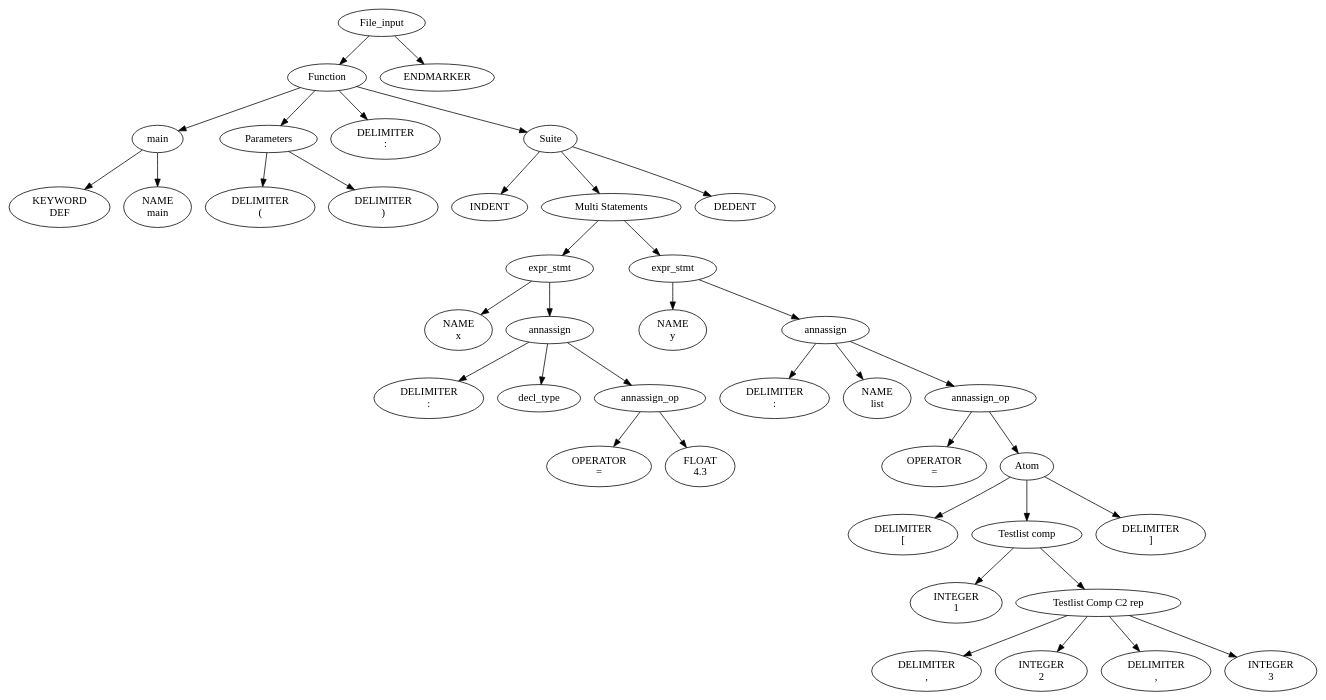
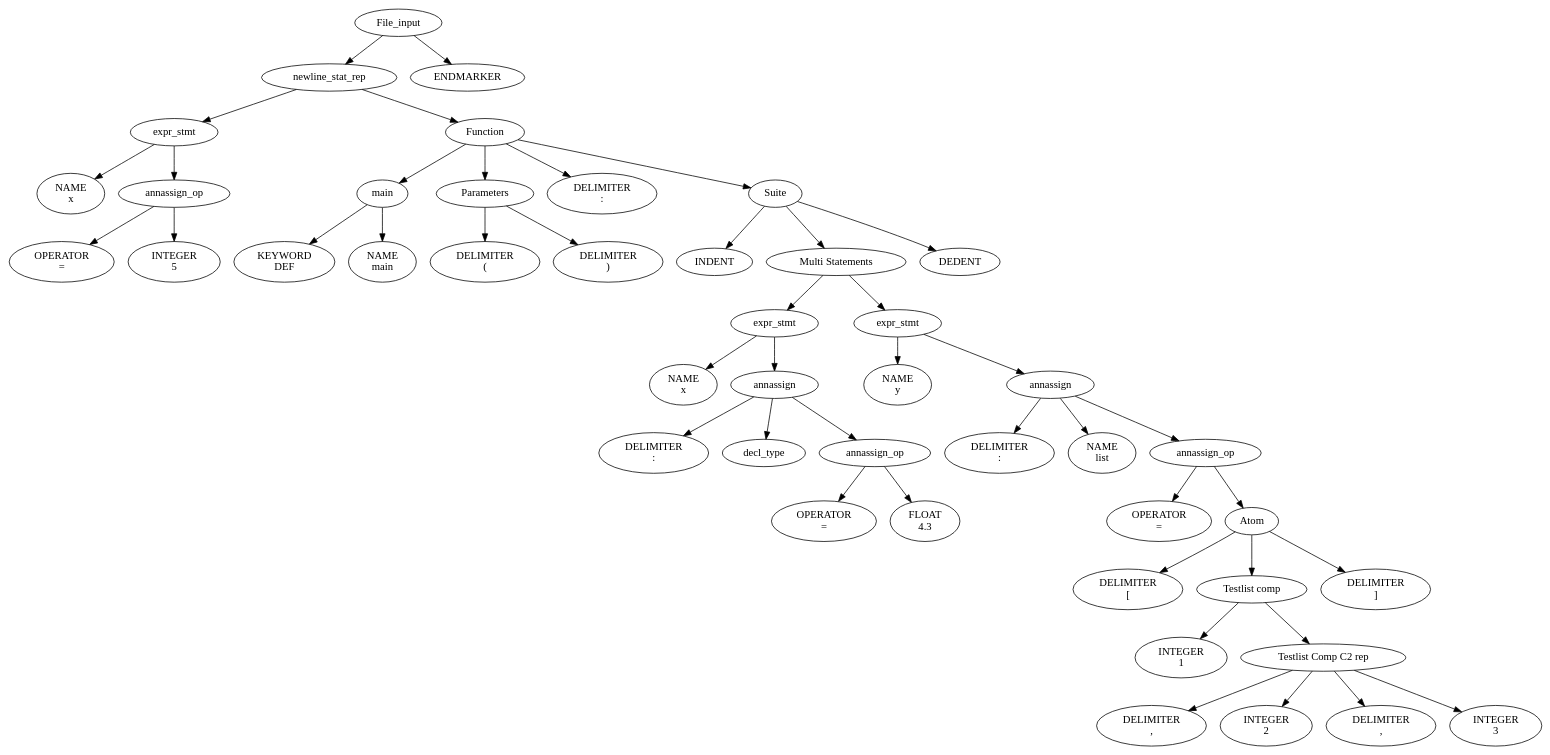
Before and after one commit to pressant/Course-Project-CS335: the diagram in milestone2/a.dot, drawn with Graphviz. The commit also changed 3 other files, not shown here.

```diff
--- a/milestone2/a.dot
+++ b/milestone2/a.dot
@@ -1,99 +1,114 @@
 digraph parse_tree {
-"0x13ef05af0" [label="File_input"];
-"0x13ef05af0" -> "0x148006ab0";
-"0x148006ab0" [label="Function"];
-"0x148006ab0" -> "0x148004220";
-"0x148004220" [label="main"];
-"0x148004220" -> "0x148004080";
-"0x148004080" [label="KEYWORD
+"0x14ff04080" [label="File_input"];
+"0x14ff04080" -> "0x14ff08b80";
+"0x14ff08b80" [label="newline_stat_rep"];
+"0x14ff08b80" -> "0x14ff048d0";
+"0x14ff048d0" [label="expr_stmt"];
+"0x14ff048d0" -> "0x14ff04270";
+"0x14ff04270" [label="NAME
+x"];
+"0x14ff048d0" -> "0x14ff04770";
+"0x14ff04770" [label="annassign_op"];
+"0x14ff04770" -> "0x14ff043b0";
+"0x14ff043b0" [label="OPERATOR
+="];
+"0x14ff04770" -> "0x14ff044f0";
+"0x14ff044f0" [label="INTEGER
+5"];
+"0x14ff08b80" -> "0x14ff089b0";
+"0x14ff089b0" [label="Function"];
+"0x14ff089b0" -> "0x14ff04de0";
+"0x14ff04de0" [label="main"];
+"0x14ff04de0" -> "0x14ff04b60";
+"0x14ff04b60" [label="KEYWORD
 DEF"];
-"0x148004220" -> "0x148004150";
-"0x148004150" [label="NAME
+"0x14ff04de0" -> "0x14ff04ca0";
+"0x14ff04ca0" [label="NAME
 main"];
-"0x148006ab0" -> "0x148004630";
-"0x148004630" [label="Parameters"];
-"0x148004630" -> "0x148004490";
-"0x148004490" [label="DELIMITER
+"0x14ff089b0" -> "0x14ff05340";
+"0x14ff05340" [label="Parameters"];
+"0x14ff05340" -> "0x14ff050c0";
+"0x14ff050c0" [label="DELIMITER
 ("];
-"0x148004630" -> "0x148004560";
-"0x148004560" [label="DELIMITER
+"0x14ff05340" -> "0x14ff05200";
+"0x14ff05200" [label="DELIMITER
 )"];
-"0x148006ab0" -> "0x148004720";
-"0x148004720" [label="DELIMITER
+"0x14ff089b0" -> "0x14ff054a0";
+"0x14ff054a0" [label="DELIMITER
 :"];
-"0x148006ab0" -> "0x1480069b0";
-"0x1480069b0" [label="Suite"];
-"0x1480069b0" -> "0x1480048c0";
-"0x1480048c0" [label="INDENT"];
-"0x1480069b0" -> "0x1480067f0";
-"0x1480067f0" [label="Multi Statements"];
-"0x1480067f0" -> "0x148005120";
-"0x148005120" [label="expr_stmt"];
-"0x148005120" -> "0x148004990";
-"0x148004990" [label="NAME
+"0x14ff089b0" -> "0x14ff08840";
+"0x14ff08840" [label="Suite"];
+"0x14ff08840" -> "0x14ff05720";
+"0x14ff05720" [label="INDENT"];
+"0x14ff08840" -> "0x14ff085a0";
+"0x14ff085a0" [label="Multi Statements"];
+"0x14ff085a0" -> "0x14ff063e0";
+"0x14ff063e0" [label="expr_stmt"];
+"0x14ff063e0" -> "0x14ff05860";
+"0x14ff05860" [label="NAME
 x"];
-"0x148005120" -> "0x148005020";
-"0x148005020" [label="annassign"];
-"0x148005020" -> "0x148004a60";
-"0x148004a60" [label="DELIMITER
+"0x14ff063e0" -> "0x14ff06270";
+"0x14ff06270" [label="annassign"];
+"0x14ff06270" -> "0x14ff059a0";
+"0x14ff059a0" [label="DELIMITER
 :"];
-"0x148005020" -> "0x148004cd0";
-"0x148004cd0" [label="decl_type"];
-"0x148005020" -> "0x148004f40";
-"0x148004f40" [label="annassign_op"];
-"0x148004f40" -> "0x148004c00";
-"0x148004c00" [label="OPERATOR
+"0x14ff06270" -> "0x14ff05d60";
+"0x14ff05d60" [label="decl_type"];
+"0x14ff06270" -> "0x14ff06120";
+"0x14ff06120" [label="annassign_op"];
+"0x14ff06120" -> "0x14ff05c20";
+"0x14ff05c20" [label="OPERATOR
 ="];
-"0x148004f40" -> "0x148004da0";
-"0x148004da0" [label="FLOAT
+"0x14ff06120" -> "0x14ff05ea0";
+"0x14ff05ea0" [label="FLOAT
 4.3"];
-"0x1480067f0" -> "0x148006720";
-"0x148006720" [label="expr_stmt"];
-"0x148006720" -> "0x1480053b0";
-"0x1480053b0" [label="NAME
+"0x14ff085a0" -> "0x14ff08460";
+"0x14ff08460" [label="expr_stmt"];
+"0x14ff08460" -> "0x14ff06750";
+"0x14ff06750" [label="NAME
 y"];
-"0x148006720" -> "0x148006470";
-"0x148006470" [label="annassign"];
-"0x148006470" -> "0x148005480";
-"0x148005480" [label="DELIMITER
+"0x14ff08460" -> "0x14ff080d0";
+"0x14ff080d0" [label="annassign"];
+"0x14ff080d0" -> "0x14ff06890";
+"0x14ff06890" [label="DELIMITER
 :"];
-"0x148006470" -> "0x148005550";
-"0x148005550" [label="NAME
+"0x14ff080d0" -> "0x14ff069d0";
+"0x14ff069d0" [label="NAME
 list"];
-"0x148006470" -> "0x1480063a0";
-"0x1480063a0" [label="annassign_op"];
-"0x1480063a0" -> "0x148005890";
-"0x148005890" [label="OPERATOR
+"0x14ff080d0" -> "0x14ff07f90";
+"0x14ff07f90" [label="annassign_op"];
+"0x14ff07f90" -> "0x14ff06ed0";
+"0x14ff06ed0" [label="OPERATOR
 ="];
-"0x1480063a0" -> "0x1480061d0";
-"0x1480061d0" [label="Atom"];
-"0x1480061d0" -> "0x148005960";
-"0x148005960" [label="DELIMITER
+"0x14ff07f90" -> "0x14ff07ce0";
+"0x14ff07ce0" [label="Atom"];
+"0x14ff07ce0" -> "0x14ff07010";
+"0x14ff07010" [label="DELIMITER
 ["];
-"0x1480061d0" -> "0x148006100";
-"0x148006100" [label="Testlist comp"];
-"0x148006100" -> "0x148005a30";
-"0x148005a30" [label="INTEGER
+"0x14ff07ce0" -> "0x14ff07ba0";
+"0x14ff07ba0" [label="Testlist comp"];
+"0x14ff07ba0" -> "0x14ff07150";
+"0x14ff07150" [label="INTEGER
 1"];
-"0x148006100" -> "0x148006000";
-"0x148006000" [label="Testlist Comp C2 rep"];
-"0x148006000" -> "0x148005b00";
-"0x148005b00" [label="DELIMITER
+"0x14ff07ba0" -> "0x14ff07a30";
+"0x14ff07a30" [label="Testlist Comp C2 rep"];
+"0x14ff07a30" -> "0x14ff07290";
+"0x14ff07290" [label="DELIMITER
 ,"];
-"0x148006000" -> "0x148005bd0";
-"0x148005bd0" [label="INTEGER
+"0x14ff07a30" -> "0x14ff073d0";
+"0x14ff073d0" [label="INTEGER
 2"];
-"0x148006000" -> "0x148005ca0";
-"0x148005ca0" [label="DELIMITER
+"0x14ff07a30" -> "0x14ff07510";
+"0x14ff07510" [label="DELIMITER
 ,"];
-"0x148006000" -> "0x148005e60";
-"0x148005e60" [label="INTEGER
+"0x14ff07a30" -> "0x14ff077b0";
+"0x14ff077b0" [label="INTEGER
 3"];
-"0x1480061d0" -> "0x148005f30";
-"0x148005f30" [label="DELIMITER
+"0x14ff07ce0" -> "0x14ff078f0";
+"0x14ff078f0" [label="DELIMITER
 ]"];
-"0x1480069b0" -> "0x1480068e0";
-"0x1480068e0" [label="DEDENT"];
-"0x13ef05af0" -> "0x148006c10";
-"0x148006c10" [label="ENDMARKER"];
+"0x14ff08840" -> "0x14ff08700";
+"0x14ff08700" [label="DEDENT"];
+"0x14ff04080" -> "0x14ff08cc0";
+"0x14ff08cc0" [label="ENDMARKER"];
 }
```
